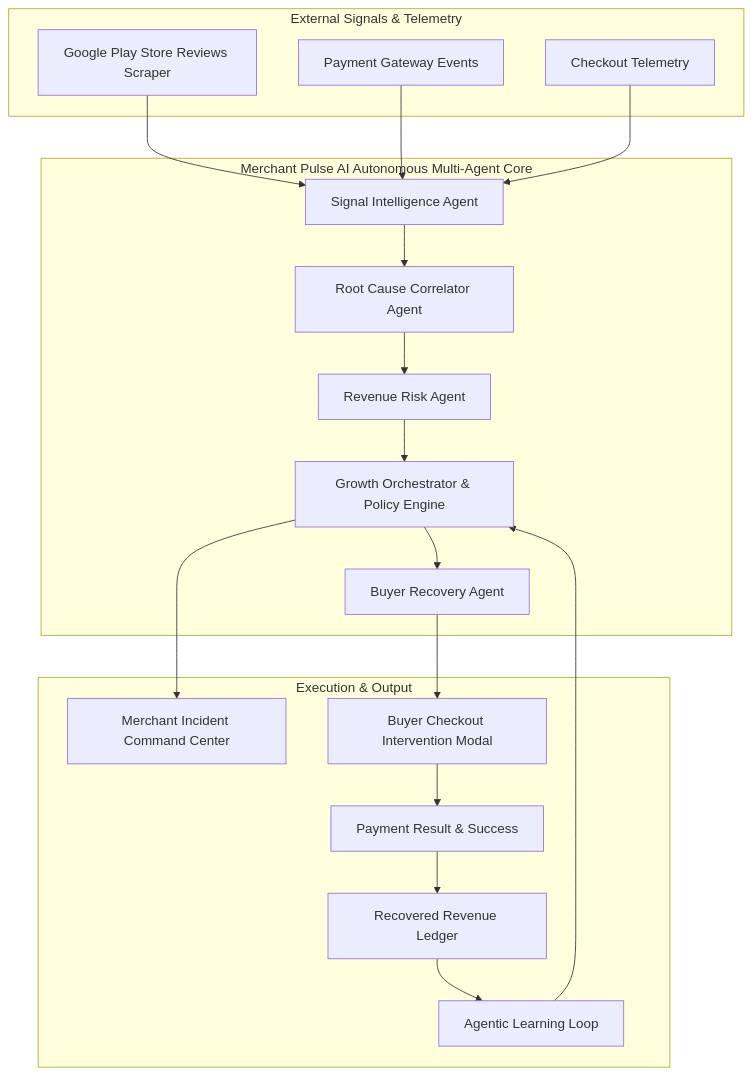
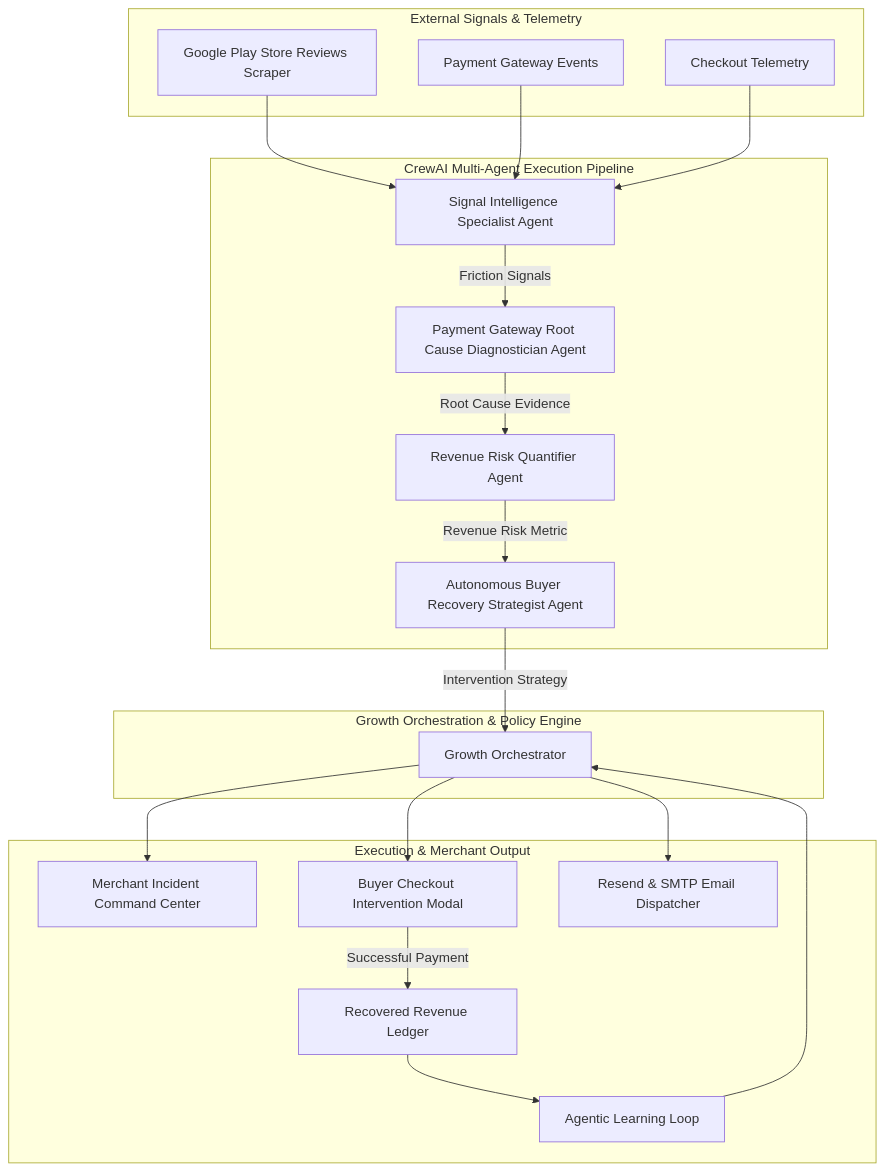
The first of 2 diagrams in README.md (yashsharma-007/Razorpay_AI_Merchat_), drawn with Mermaid before and after one commit. The commit also changed other lines of this file, not shown here.

````diff
--- a/README.md
+++ b/README.md
@@ -71,42 +46,44 @@
 ```mermaid
 flowchart TD
 
 subgraph External Signals & Telemetry
     A[Google Play Store Reviews Scraper]
     C[Payment Gateway Events]
     D[Checkout Telemetry]
 end
 
-subgraph Merchant Pulse AI Autonomous Multi-Agent Core
-    B[Signal Intelligence Agent]
-    E[Root Cause Correlator Agent]
-    F[Revenue Risk Agent]
-    G[Growth Orchestrator & Policy Engine]
-    H[Buyer Recovery Agent]
+subgraph CrewAI Multi-Agent Execution Pipeline
+    B[Signal Intelligence Specialist Agent]
+    E[Payment Gateway Root Cause Diagnostician Agent]
+    F[Revenue Risk Quantifier Agent]
+    G[Autonomous Buyer Recovery Strategist Agent]
 end
 
-subgraph Execution & Output
+subgraph Growth Orchestration & Policy Engine
+    H[Growth Orchestrator]
+end
+
+subgraph Execution & Merchant Output
     I[Merchant Incident Command Center]
     J[Buyer Checkout Intervention Modal]
-    K[Payment Result & Success]
+    K[Resend & SMTP Email Dispatcher]
     L[Recovered Revenue Ledger]
     M[Agentic Learning Loop]
 end
 
 A --> B
 C --> B
 D --> B
 
-B --> E
-E --> F
-F --> G
+B -->|Friction Signals| E
+E -->|Root Cause Evidence| F
+F -->|Revenue Risk Metric| G
+G -->|Intervention Strategy| H
 
-G --> I
-G --> H
-
+H --> I
 H --> J
-J --> K
-K --> L
+H --> K
+J -->|Successful Payment| L
 L --> M
-M --> G
+M --> H
 ```
````
